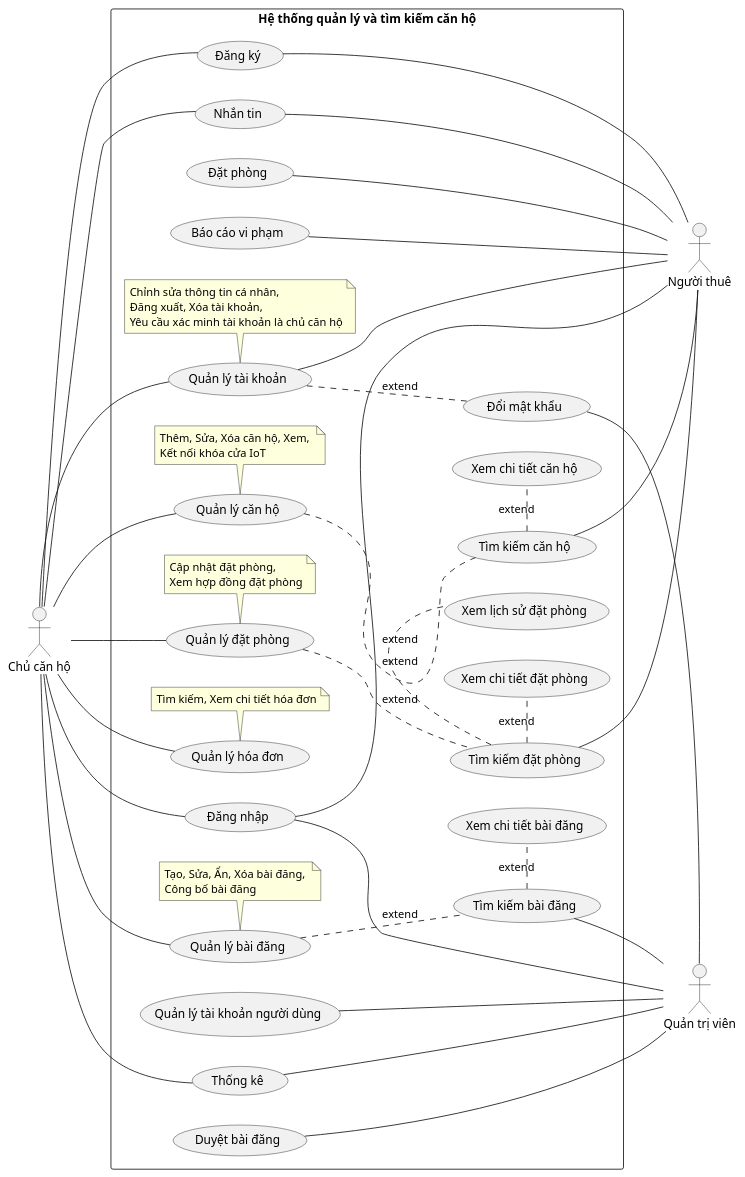
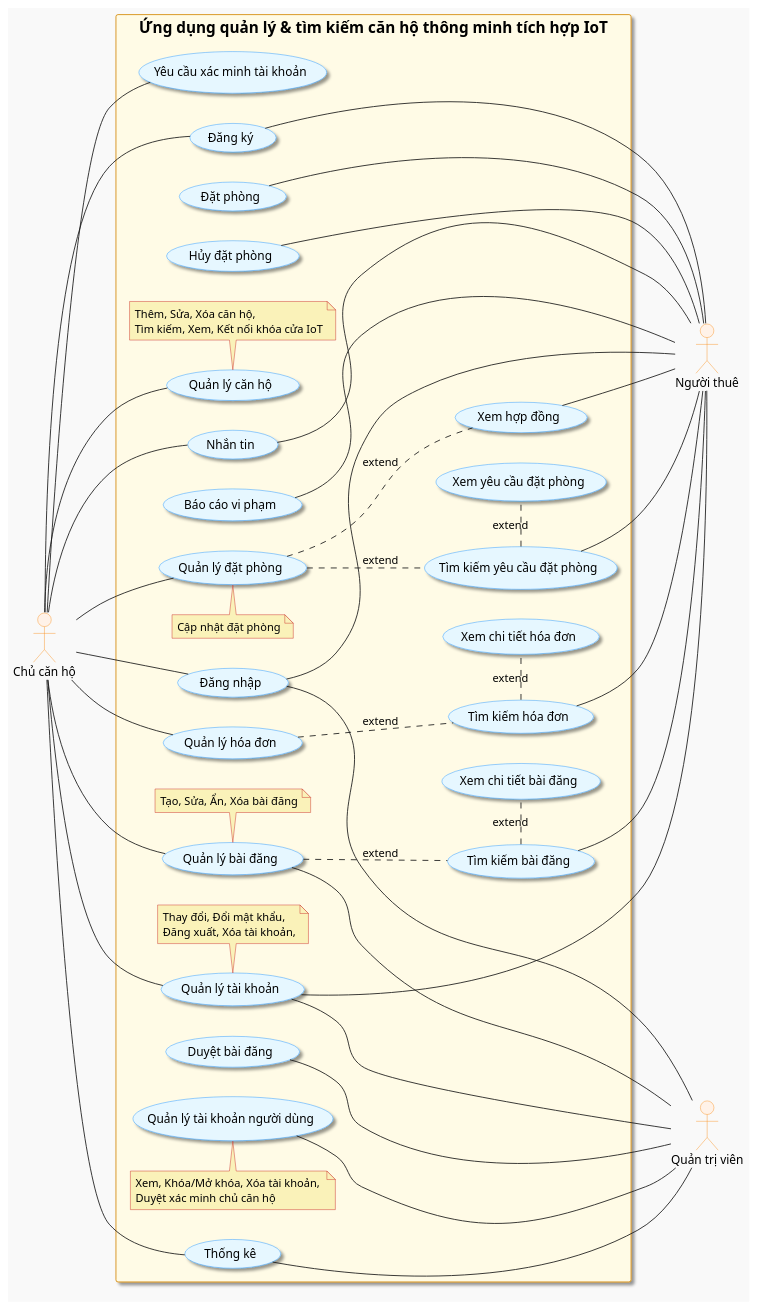
Before and after one commit to nho-moi-so/quan-ly-tim-kiem-phong-tro: the diagram in diagrams/usecase.puml, drawn with PlantUML.

Commit message:
done sơ đồ usecase

```diff
--- a/diagrams/usecase.puml
+++ b/diagrams/usecase.puml
@@ -2,99 +2,139 @@
 @startuml usecase-diagram
-
+skinparam shadowing false
+skinparam backgroundColor #f9f9f9
+skinparam usecase {
+    BackgroundColor #e6f7ff
+    BorderColor #1890ff
+    FontColor #000000
+    FontSize 14
+    Shadowing true
+}
+skinparam actor {
+    BackgroundColor #fff2e8
+    BorderColor #fa8c16
+    FontColor #000000
+    FontSize 14
+}
+skinparam rectangle {
+    BackgroundColor #fffbe6
+    BorderColor #d48806
+    FontColor #000000
+    FontSize 18
+    Shadowing true
+}
+skinparam note{
+    BackgroundColor #faf2b9
+    BorderColor #c51c1c
+}
 left to right direction
 
 actor "Quản trị viên" as Admin
 actor "Người thuê" as Guest
 actor "Chủ căn hộ" as Owner
 
-rectangle "Hệ thống quản lý và tìm kiếm căn hộ"{
+rectangle "Ứng dụng quản lý & tìm kiếm căn hộ thông minh tích hợp IoT"{
 ' Các chức năng của Chủ căn hộ
 ' usecase "Đăng xuất" as logout
 usecase "Đăng nhập" as login
 usecase "Đăng ký" as register
 usecase "Quản lý tài khoản" as manage_account
-note bottom of manage_account: Chỉnh sửa thông tin cá nhân,\nĐăng xuất, Xóa tài khoản, \nYêu cầu xác minh tài khoản là chủ căn hộ
+note bottom of manage_account: Thay đổi, Đổi mật khẩu, \nĐăng xuất, Xóa tài khoản,
+usecase "Yêu cầu xác minh tài khoản" as request_owner_verification
 
 usecase "Quản lý căn hộ" as manage_apartment
-note bottom of manage_apartment: Thêm, Sửa, Xóa căn hộ, Xem, \nKết nối khóa cửa IoT
+note bottom of manage_apartment: Thêm, Sửa, Xóa căn hộ, \nTìm kiếm, Xem, Kết nối khóa cửa IoT
 ' usecase "Kết nối khóa cửa IoT" as connect_iot_lock
 ' manage_apartment .. connect_iot_lock: extend
 
 usecase "Quản lý đặt phòng" as manage_booking
-note bottom of manage_booking: Cập nhật đặt phòng, \nXem hợp đồng đặt phòng
+note top of manage_booking: Cập nhật đặt phòng
+usecase "Xem hợp đồng" as view_booking_contract
+manage_booking .. view_booking_contract: extend
 usecase "Quản lý hóa đơn" as manage_invoice
-note bottom of manage_invoice: Tìm kiếm, Xem chi tiết hóa đơn
+' note bottom of manage_invoice: Tìm kiếm, Xem chi tiết hóa đơn
 usecase "Quản lý bài đăng" as manage_post
-note bottom of manage_post: Tạo, Sửa, Ẩn, Xóa bài đăng, \nCông bố bài đăng
+note bottom of manage_post: Tạo, Sửa, Ẩn, Xóa bài đăng
 usecase "Nhắn tin" as messaging
 usecase "Thống kê" as statistics
 
 ' Các chức năng của Người thuê
 ' usecase "Quản lý tài khoản" as manage_account
 ' usecase "Đăng xuất" as logout
 ' usecase "Đăng nhập" as login
 ' usecase "Đăng ký" as register
-usecase "Tìm kiếm căn hộ" as search_apartment
-usecase "Xem chi tiết căn hộ" as view_apartment_details
-manage_apartment .. search_apartment: extend
-search_apartment . view_apartment_details: extend
+' usecase "Tìm kiếm căn hộ" as search_apartment
+' usecase "Xem chi tiết căn hộ" as view_apartment_details
+' manage_apartment .. search_apartment: extend
+' search_apartment . view_apartment_details: extend
 
 usecase "Đặt phòng" as book_apartment
+usecase "Hủy đặt phòng" as cancel_booking
 
-usecase "Tìm kiếm đặt phòng" as search_booking
+usecase "Tìm kiếm yêu cầu đặt phòng" as search_booking
 manage_booking .. search_booking: extend
-usecase "Xem chi tiết đặt phòng" as view_booking_details
-search_booking . view_booking_details: extend
-usecase "Xem lịch sử đặt phòng" as view_booking_history
-search_booking . view_booking_history: extend
-' usecase "Nhắn tin" as messaging
+usecase "Xem yêu cầu đặt phòng" as view_booking_requests
+search_booking . view_booking_requests: extend
 
+
+usecase "Tìm kiếm hóa đơn" as search_invoices
+manage_invoice .. search_invoices: extend
+usecase "Xem chi tiết hóa đơn" as view_invoice_details
+search_invoices . view_invoice_details: extend
 usecase "Tìm kiếm bài đăng" as search_posts
 manage_post .. search_posts: extend
 usecase "Xem chi tiết bài đăng" as view_post_details
 search_posts . view_post_details: extend
+' usecase "Nhắn tin" as messaging
 
 usecase "Báo cáo vi phạm" as report_violation
 
 ' Các chức năng của Quản trị viên
 usecase "Quản lý tài khoản người dùng" as manage_user_accounts
+note top of manage_user_accounts: Xem, Khóa/Mở khóa, Xóa tài khoản, \nDuyệt xác minh chủ căn hộ
 ' usecase "Đăng xuất" as logout
 ' usecase "Đăng nhập" as login
-usecase "Đổi mật khẩu" as change_password
-manage_account .. change_password: extend
+' usecase "Đổi mật khẩu" as change_password
+' manage_account .. change_password: extend
+'usecase "Quản lý bài đăng" as manage_post
 usecase "Duyệt bài đăng" as approve_posts
 ' usecase "Thống kê" as statistics
 
 ' nối các usecase
 'Chủ căn hộ
 (Owner) -- (login)
 (Owner) -- (register)
 (Owner) -- (manage_account)
+(request_owner_verification) - (Owner)
 (Owner) -- (manage_apartment)
 (Owner) -- (manage_booking)
 (Owner) -- (manage_invoice)
 (Owner) -- (manage_post)
 (Owner) -- (messaging)
 (Owner) -- (statistics)
 
+
 'Người thuê
-(login) -- (Guest)
-(register) -- (Guest)
+(register) - (Guest)
+(login) - (Guest)
 (manage_account) -- (Guest)
-(search_apartment) -- (Guest)
+(search_posts) -- (Guest)
+(book_apartment) - (Guest)
+(cancel_booking) - (Guest)
 (search_booking) -- (Guest)
-(book_apartment) -- (Guest)
-(messaging) -- (Guest)
-(report_violation) -- (Guest)
-
+(search_invoices) -- (Guest)
+(view_booking_contract) -- (Guest)
+(messaging) - (Guest)
+(report_violation) - (Guest)
 
 'Quản trị viên
-(login) -- (Admin)
-(manage_user_accounts) -- (Admin)
-(search_posts) -- (Admin)
-(approve_posts) -- (Admin)
-(change_password) -- (Admin)
-(statistics) -- (Admin)
+(login) --- (Admin)
+(manage_user_accounts) - (Admin)
+(manage_account) -- (Admin)
+(manage_post) -- (Admin)
+(approve_posts) - (Admin)
+' (change_password) -- (Admin)
+(statistics) - (Admin)
+
 
 }
 @enduml
```
